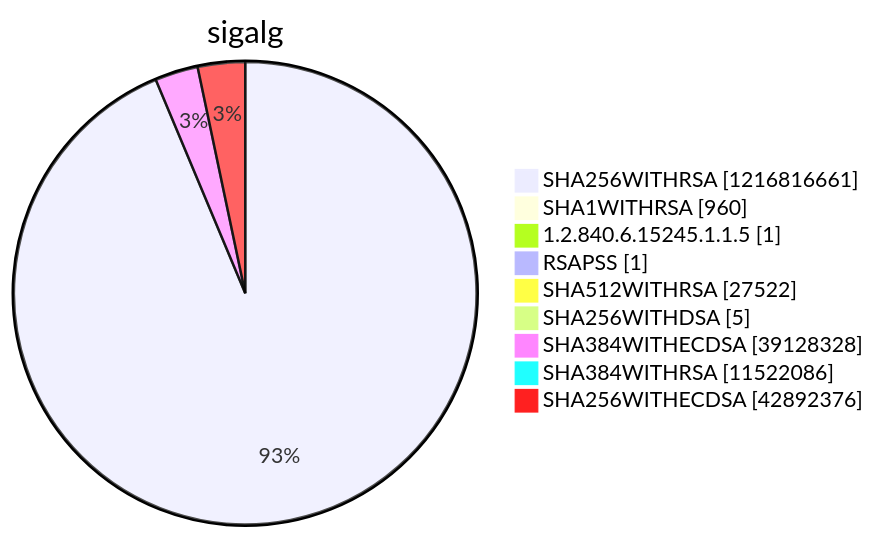
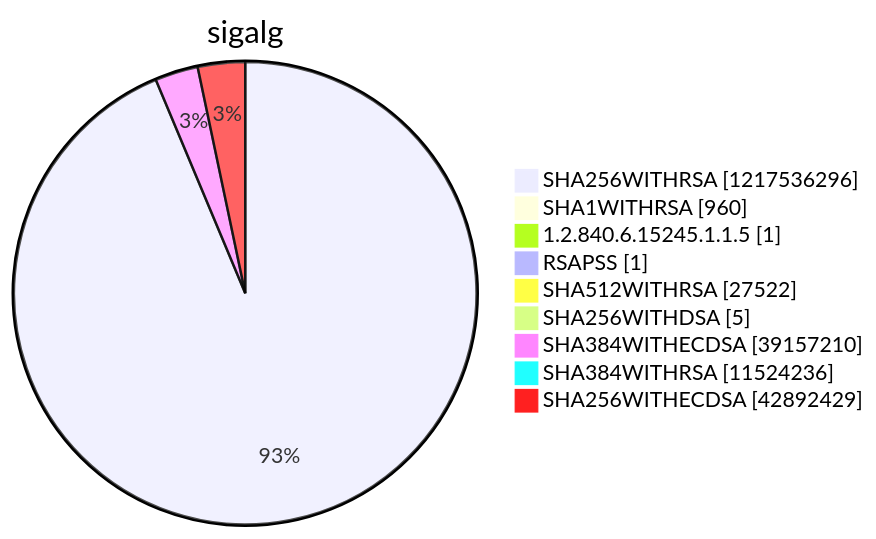
Diagram 15 of 15 in argon2022/README.md (christiankrug/ctmonitor_visualization), drawn with Mermaid before and after one commit. The commit also changed other lines of this file, not shown here.

````diff
--- a/argon2022/README.md
+++ b/argon2022/README.md
@@ -5521,13 +5521,13 @@
 ```mermaid
 pie showData
 title sigalg
-"SHA256WITHRSA" :1216816661
+"SHA256WITHRSA" :1217536296
 "SHA1WITHRSA" :960
 "1.2.840.6.15245.1.1.5" :1
 "RSAPSS" :1
 "SHA512WITHRSA" :27522
 "SHA256WITHDSA" :5
-"SHA384WITHECDSA" :39128328
-"SHA384WITHRSA" :11522086
-"SHA256WITHECDSA" :42892376
+"SHA384WITHECDSA" :39157210
+"SHA384WITHRSA" :11524236
+"SHA256WITHECDSA" :42892429
 ```
````
